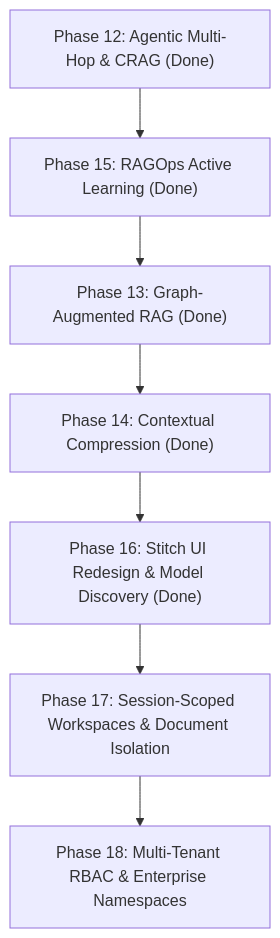
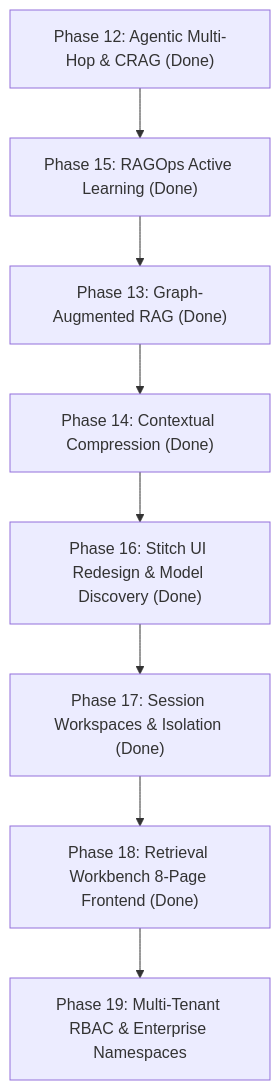
One commit to abhishekkumarai/hybrid-rag-platform changed the diagram in wip.md. Above: the diagram before and after it, drawn with Mermaid. The commit also changed other lines of this file and 25 other files, not shown here.

````diff
--- a/wip.md
+++ b/wip.md
@@ -133,9 +137,10 @@
 ```mermaid
 graph TD
     A["Phase 12: Agentic Multi-Hop & CRAG (Done)"] --> B["Phase 15: RAGOps Active Learning (Done)"]
     B --> C["Phase 13: Graph-Augmented RAG (Done)"]
     C --> D["Phase 14: Contextual Compression (Done)"]
     D --> E["Phase 16: Stitch UI Redesign & Model Discovery (Done)"]
-    E --> F["Phase 17: Session-Scoped Workspaces & Document Isolation"]
-    F --> G["Phase 18: Multi-Tenant RBAC & Enterprise Namespaces"]
+    E --> F["Phase 17: Session Workspaces & Isolation (Done)"]
+    F --> G["Phase 18: Retrieval Workbench 8-Page Frontend (Done)"]
+    G --> H["Phase 19: Multi-Tenant RBAC & Enterprise Namespaces"]
 ```
````
